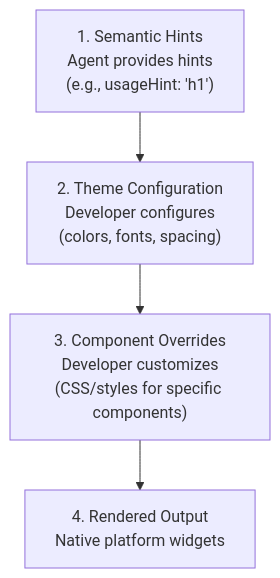
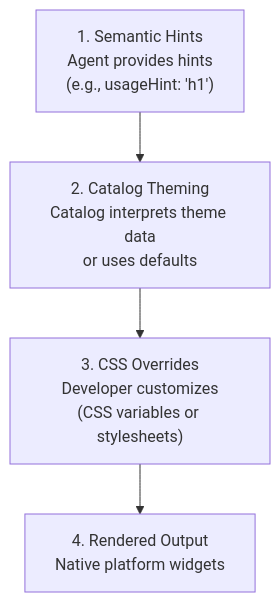
Before and after one commit to google/A2UI: the diagram in docs/guides/theming.md, drawn with Mermaid. The commit also changed other lines of this file, not shown here.

Commit message:
Initial pass at the theming changes.

````diff
--- a/docs/guides/theming.md
+++ b/docs/guides/theming.md
@@ -23,9 +24,9 @@
 ```mermaid
 flowchart TD
     A["1. Semantic Hints<br/>Agent provides hints<br/>(e.g., usageHint: 'h1')"]
-    B["2. Theme Configuration<br/>Developer configures<br/>(colors, fonts, spacing)"]
-    C["3. Component Overrides<br/>Developer customizes<br/>(CSS/styles for specific components)"]
+    B["2. Catalog Theming<br/>Catalog interprets theme data<br/>or uses defaults"]
+    C["3. CSS Overrides<br/>Developer customizes<br/>(CSS variables or stylesheets)"]
     D["4. Rendered Output<br/>Native platform widgets"]
 
     A --> B --> C --> D
 ```
````
